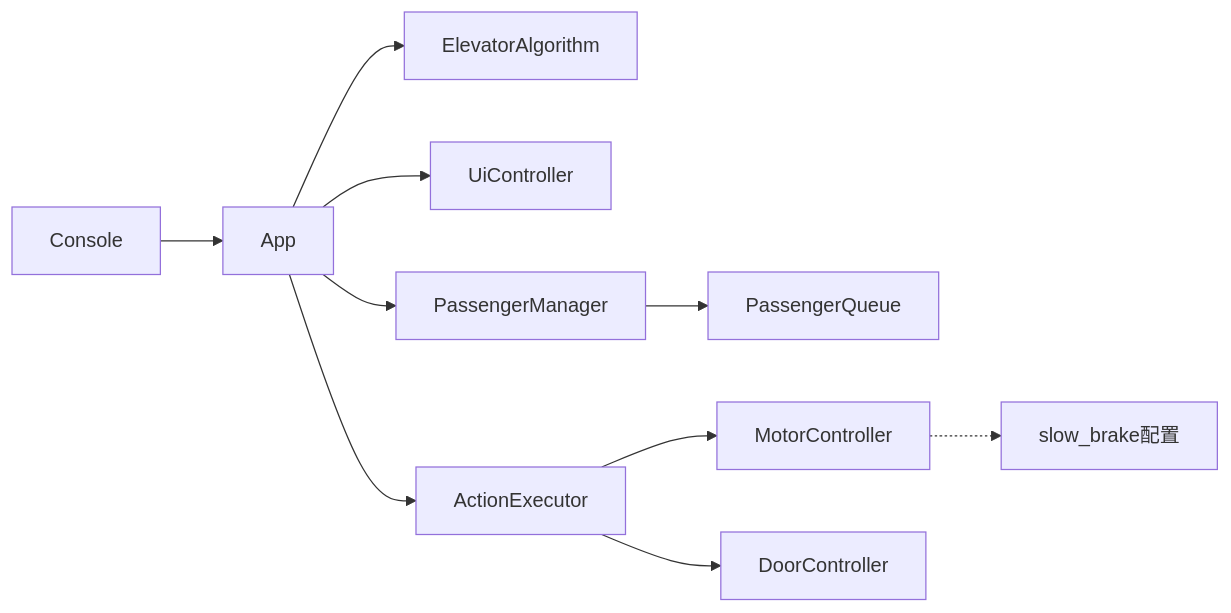
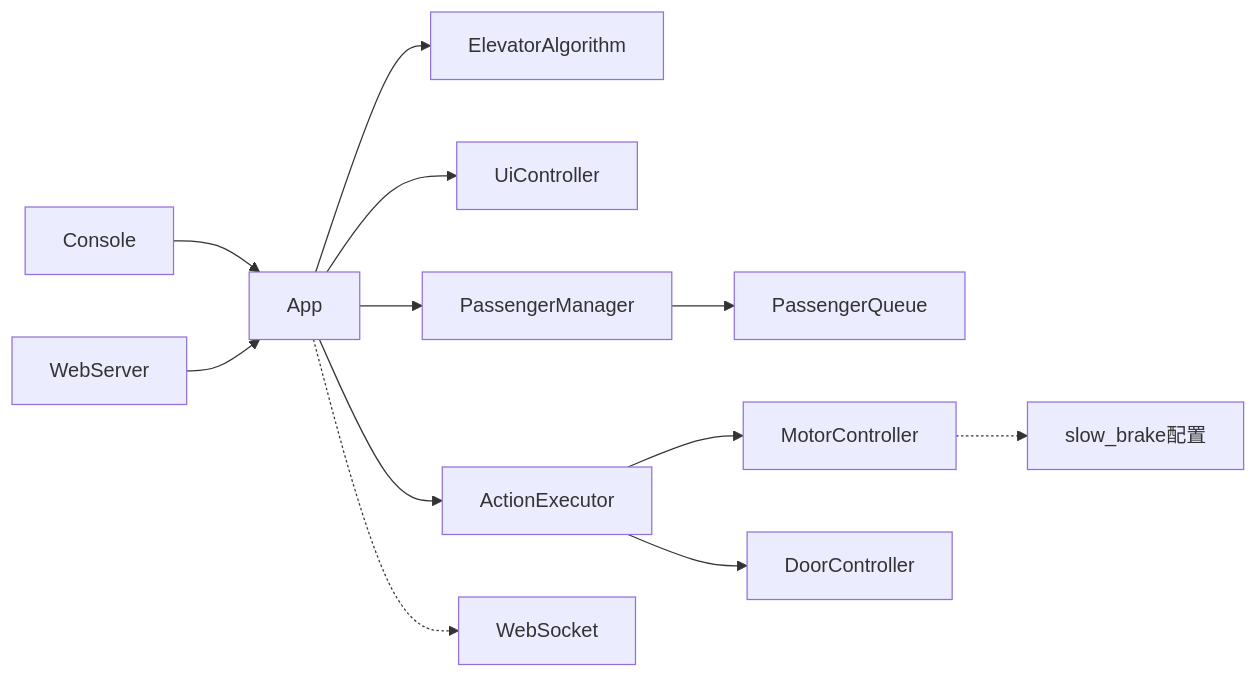
Before and after one commit to xmb505/Haku_EET: the eighth of 8 diagrams in .qoder/repowiki/zh/content/大脑模块.md, drawn with Mermaid. The commit also changed other lines of this file and 27 other files, not shown here.

````diff
--- a/.qoder/repowiki/zh/content/大脑模块.md
+++ b/.qoder/repowiki/zh/content/大脑模块.md
@@ -340,12 +408,14 @@
 ```mermaid
 graph LR
 Console["Console"] --> App["App"]
 App --> Algorithm["ElevatorAlgorithm"]
 App --> UI["UiController"]
 App --> PM["PassengerManager"]
 PM --> PQ["PassengerQueue"]
 App --> Exec["ActionExecutor"]
 Exec --> MC["MotorController"]
 Exec --> DC["DoorController"]
+Web["WebServer"] --> App
+App -.-> WS["WebSocket"]
 MC -.-> SB["slow_brake配置"]
 ```
````
